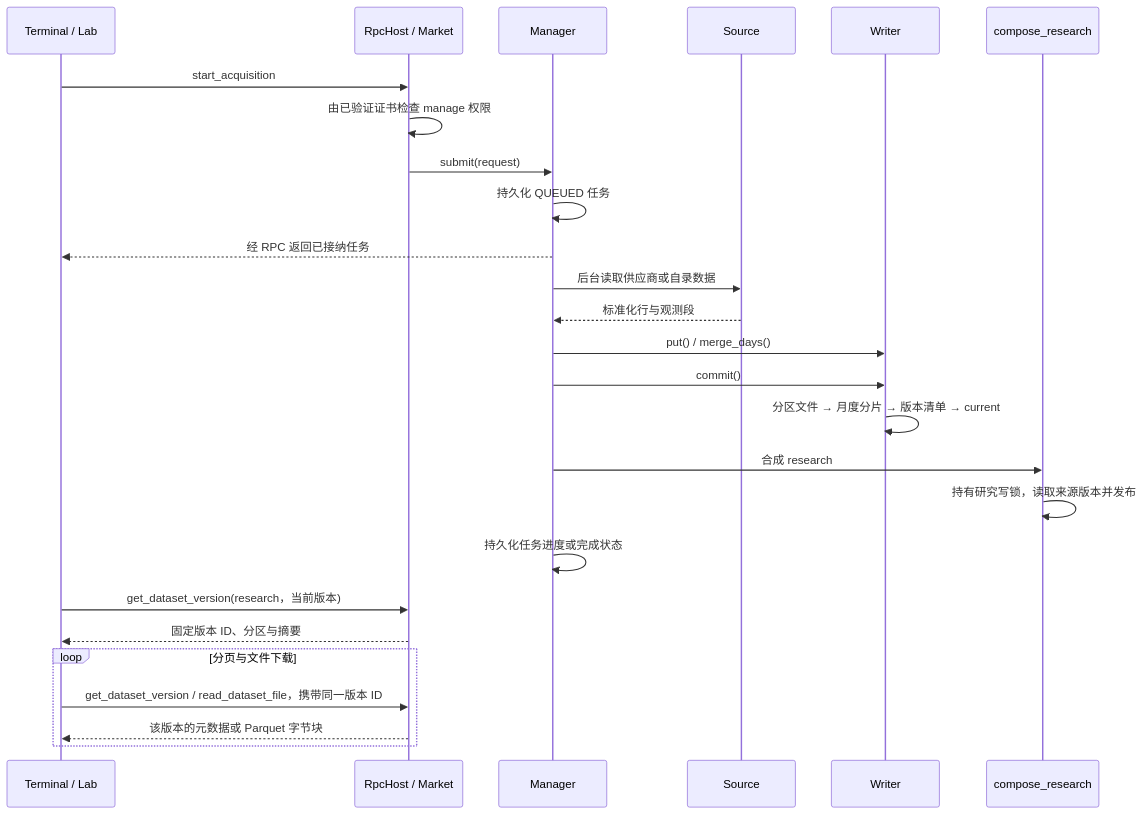
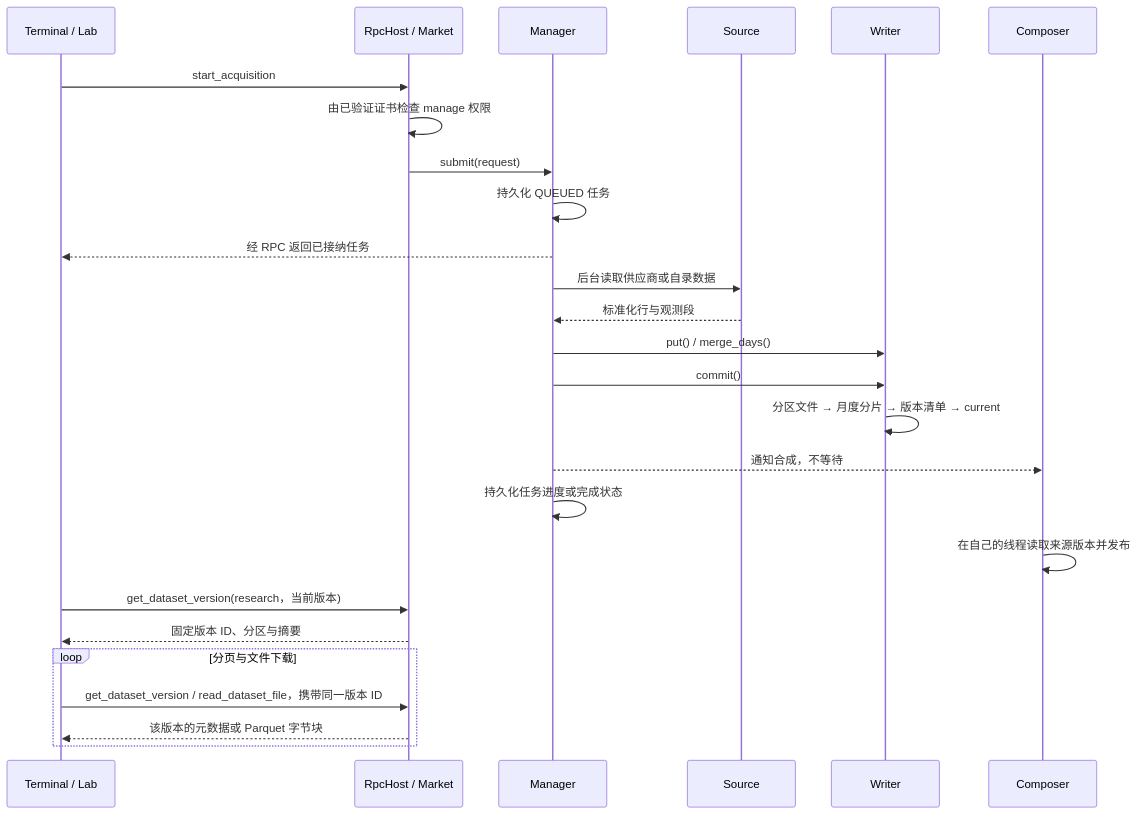
Before and after one commit to isqiwen/asterion-terminal: the fifth of 5 diagrams in docs/market/architecture.md, drawn with Mermaid. The commit also changed other lines of this file and 12 other files, not shown here.

First line of the commit message:
M3.83: compose research on its own thread

````diff
--- a/docs/market/architecture.md
+++ b/docs/market/architecture.md
@@ -179,28 +182,28 @@
 ```mermaid
 sequenceDiagram
     participant Client as Terminal / Lab
     participant RPC as RpcHost / Market
     participant Manager
     participant Source
     participant Writer
-    participant Research as compose_research
+    participant Research as Composer
     Client->>RPC: start_acquisition
     RPC->>RPC: 由已验证证书检查 manage 权限
     RPC->>Manager: submit(request)
     Manager->>Manager: 持久化 QUEUED 任务
     Manager-->>Client: 经 RPC 返回已接纳任务
     Manager->>Source: 后台读取供应商或自录数据
     Source-->>Manager: 标准化行与观测段
     Manager->>Writer: put() / merge_days()
     Manager->>Writer: commit()
     Writer->>Writer: 分区文件 → 月度分片 → 版本清单 → current
-    Manager->>Research: 合成 research
-    Research->>Research: 持有研究写锁，读取来源版本并发布
+    Manager-->>Research: 通知合成，不等待
     Manager->>Manager: 持久化任务进度或完成状态
+    Research->>Research: 在自己的线程读取来源版本并发布
     Client->>RPC: get_dataset_version(research，当前版本)
     RPC-->>Client: 固定版本 ID、分区与摘要
     loop 分页与文件下载
         Client->>RPC: get_dataset_version / read_dataset_file，携带同一版本 ID
         RPC-->>Client: 该版本的元数据或 Parquet 字节块
     end
 ```
````
